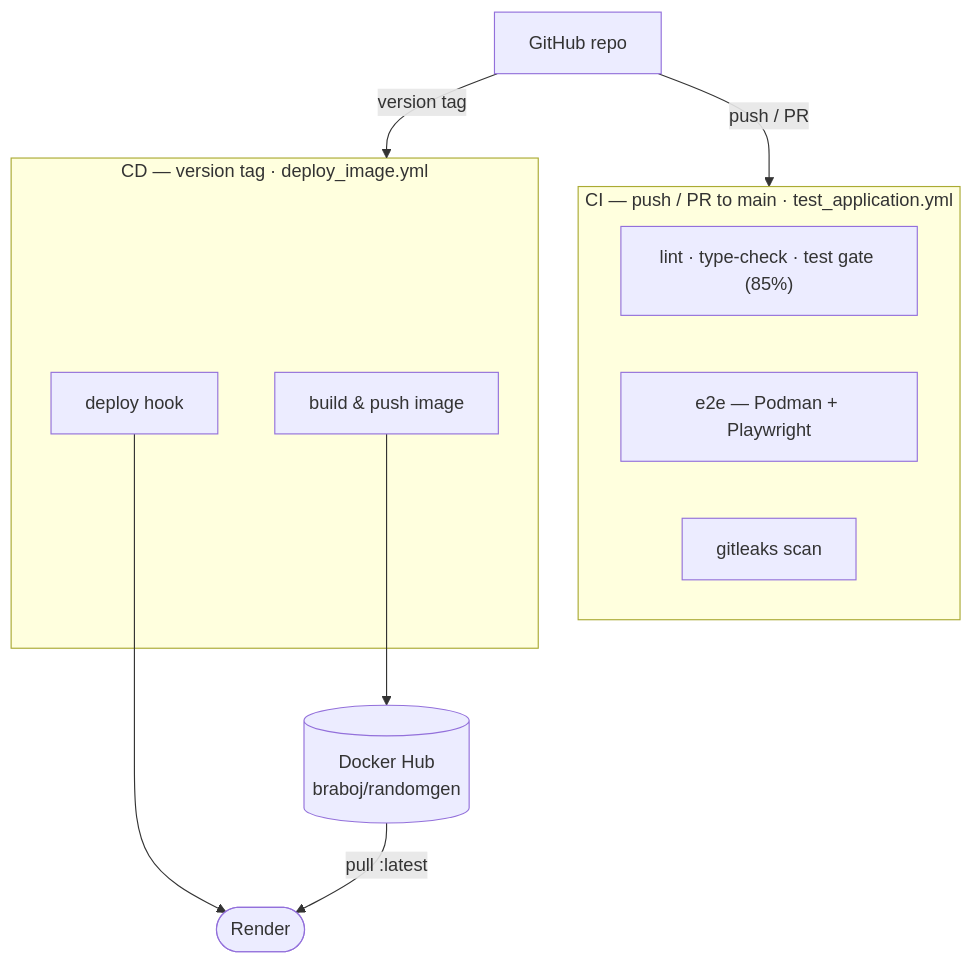
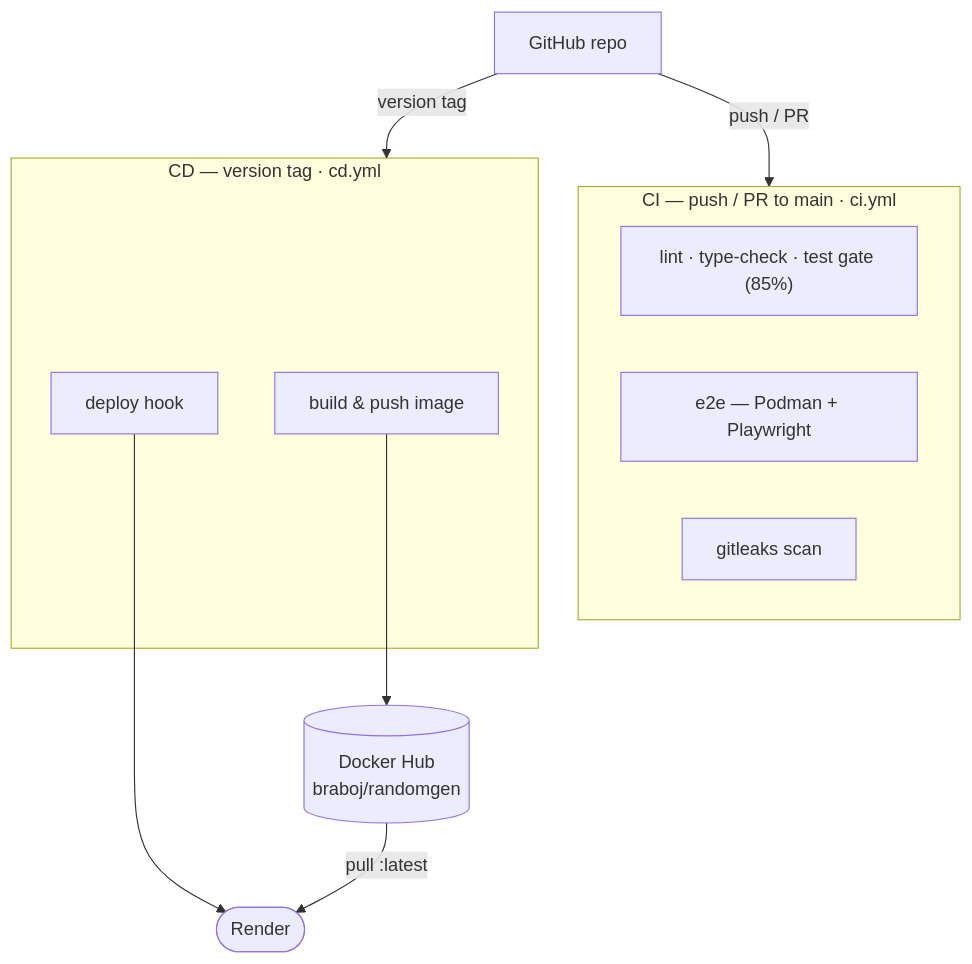
The second of 2 diagrams in docs/arc42/07-deployment-view.md (braboj/demo-randomgen), drawn with Mermaid before and after one commit. The commit also changed other lines of this file and 9 other files, not shown here.

````diff
--- a/docs/arc42/07-deployment-view.md
+++ b/docs/arc42/07-deployment-view.md
@@ -54,24 +54,24 @@
 ```mermaid
 flowchart TB
     repo["GitHub repo"]
 
-    subgraph ci["CI — push / PR to main · test_application.yml"]
+    subgraph ci["CI — push / PR to main · ci.yml"]
         gate["lint · type-check · test gate (85%)"]
         e2e["e2e — Podman + Playwright"]
         scan["gitleaks scan"]
     end
 
-    subgraph cd["CD — version tag · deploy_image.yml"]
+    subgraph cd["CD — version tag · cd.yml"]
         build["build & push image"]
         hook["deploy hook"]
     end
 
     hub[("Docker Hub<br/>braboj/randomgen")]
     render(["Render"])
 
     repo -->|push / PR| ci
     repo -->|version tag| cd
     build --> hub
     hook --> render
     hub -->|pull :latest| render
 ```
````
